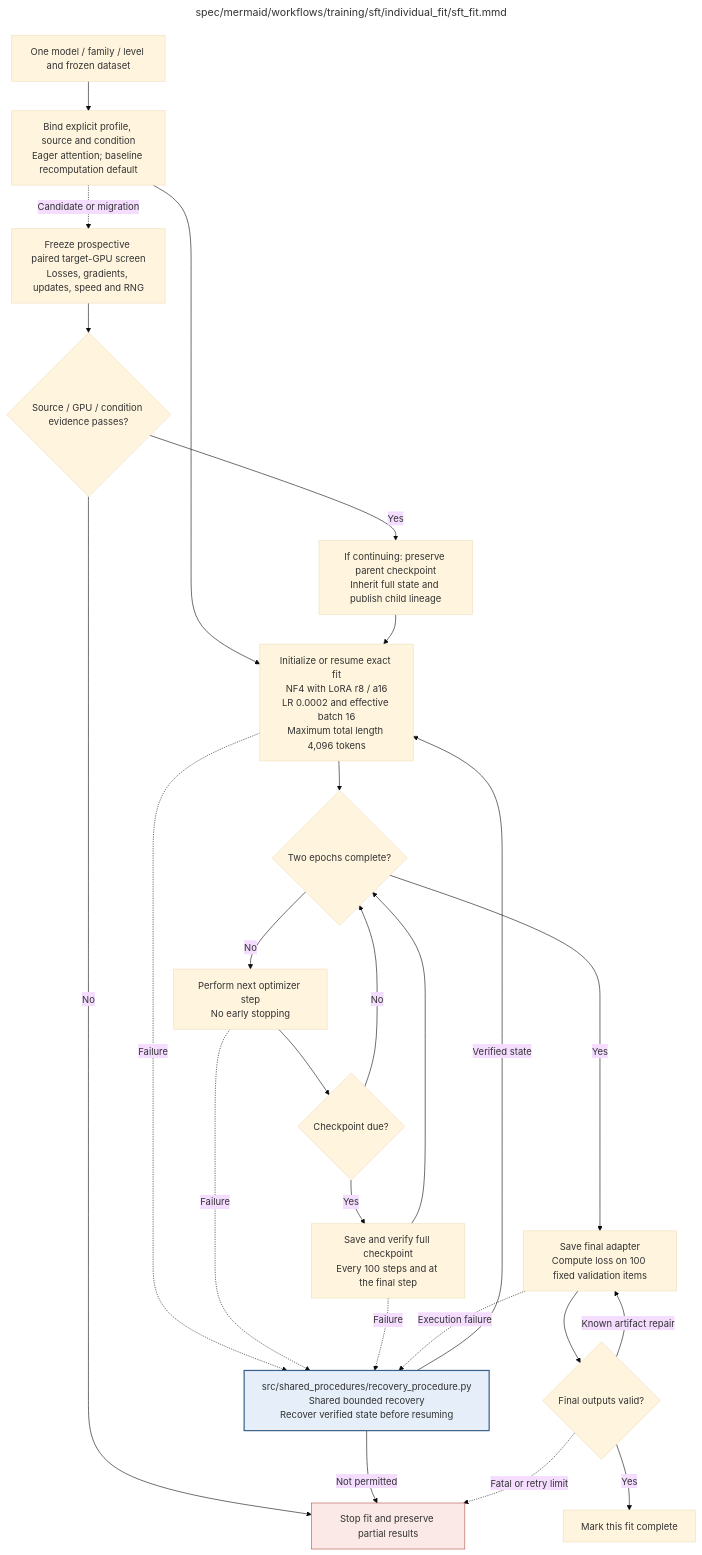
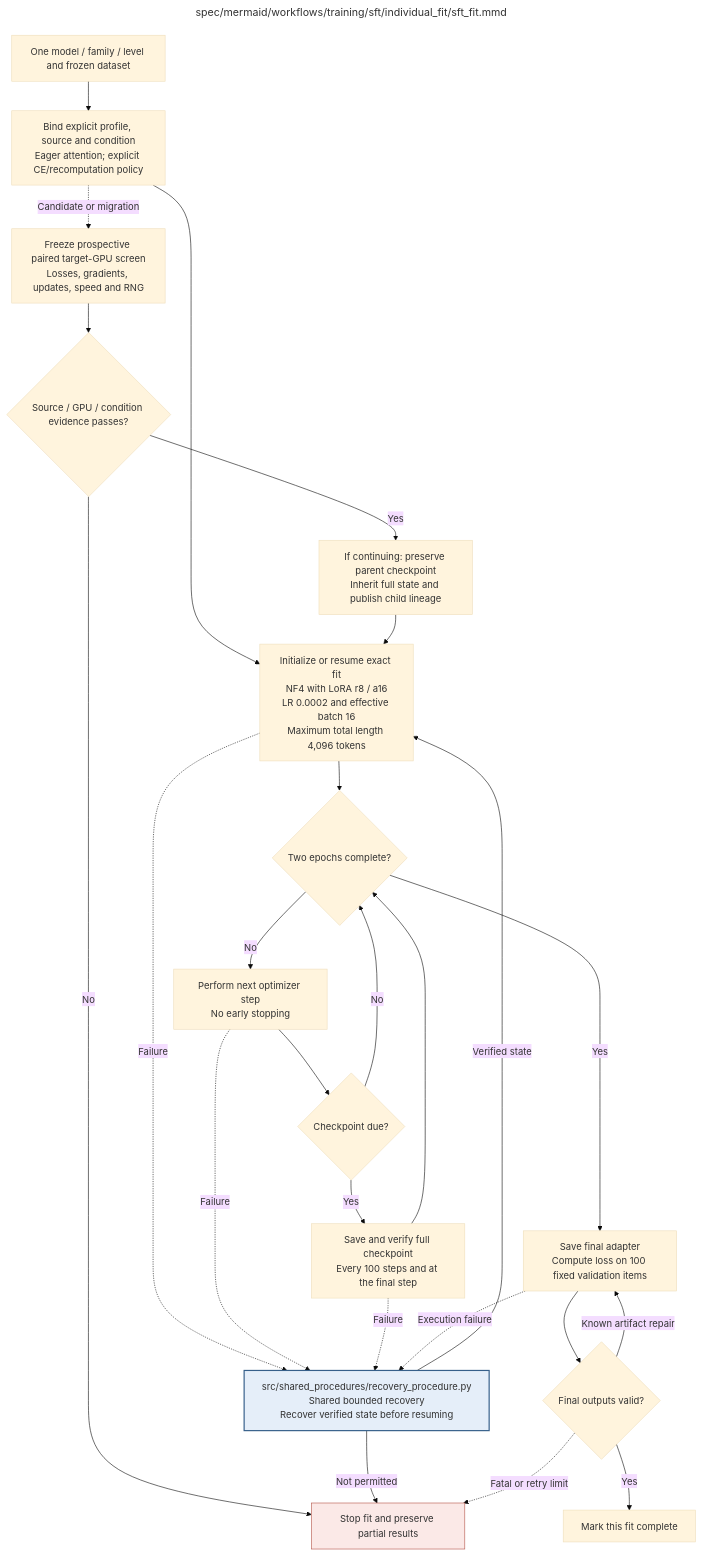
Before and after one commit to AJUNNYC/inducing_persistent_textual_chain_of_thought_illegibility: the diagram in docs/modules/training/sft/individual_fit/sft_fit.md, drawn with Mermaid (base theme). The commit also changed other lines of this file and 25 other files, not shown here.

Commit message:
Add measured flat and fused FP32 SFT loss candidates

```diff
--- a/docs/modules/training/sft/individual_fit/sft_fit.md
+++ b/docs/modules/training/sft/individual_fit/sft_fit.md
@@ -114,6 +116,8 @@
 %% Edit quoted node labels directly; this is native Mermaid.
 %% Source 05f42b0 recovery accepted no recomputation only for 7B ROT13 level 1 on RTX PRO 6000 Blackwell 96GB.
 %% CUDA input caching failed speed; other conditions retain the original execution defaults.
+%% CE policy defaults to spatial_ce; flat_ce and fused_ce are explicit pending candidates.
+%% Loss trials compare against active no recomputation; preserve latest full-state progress and RNG.
 %% Execution contract: known faults use bounded recovery; unclassified/persistent faults stop the worker.
 %% Frozen invalid inputs are fatal. Unrecoverable child failures propagate; never release incomplete results.
 %% Individual SFT fit
@@ -159,7 +163,7 @@
     AUDIT -->|Known artifact repair| FINAL
     RECOVER["src/shared_procedures/recovery_procedure.py<br/>Shared bounded recovery<br/>Recover verified state before resuming"]
     STOP["Stop fit and preserve partial results"]
-    PROFILE["Bind explicit profile, source and condition<br/>Eager attention; baseline recomputation default"]
+    PROFILE["Bind explicit profile, source and condition<br/>Eager attention; explicit CE/recomputation policy"]
     MEASURE["Freeze prospective paired target-GPU screen<br/>Losses, gradients, updates, speed and RNG"]
     ACCEPT{"Source / GPU / condition evidence passes?"}
     MIGRATE["If continuing: preserve parent checkpoint<br/>Inherit full state and publish child lineage"]
```
